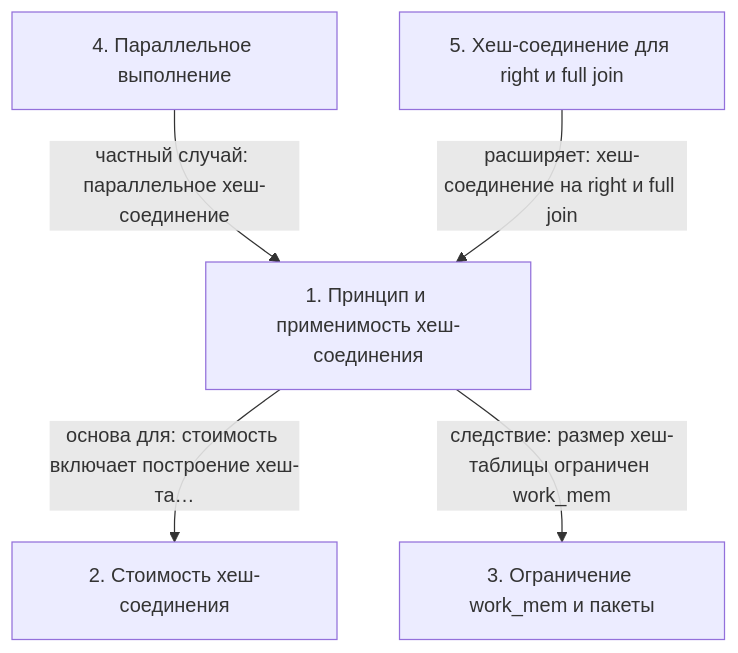
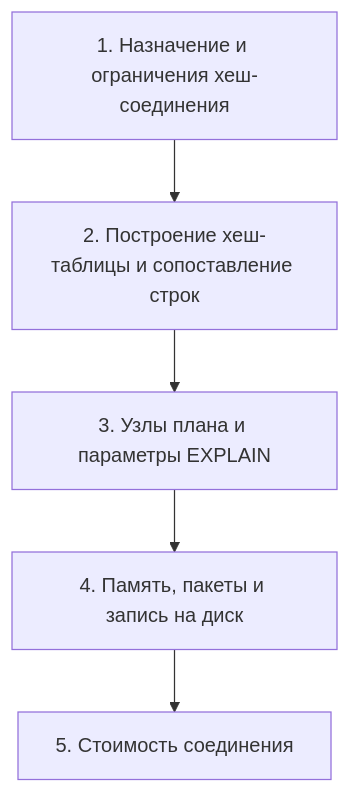
The diagram in postgres-qpt/10 - QPT-16. 09. Соединение хешированием/notes.md (AsoloCode/notes), drawn with Mermaid before and after one commit. The commit also changed other lines of this file and 503 other files, not shown here.

First line of the commit message:
Обновить конспекты PostgreSQL (QPT-16, DEV1-16): слайды, схемы, факт-чек

````diff
--- a/postgres-qpt/10 - QPT-16. 09. Соединение хешированием/notes.md
+++ b/postgres-qpt/10 - QPT-16. 09. Соединение хешированием/notes.md
@@ -67,12 +167,12 @@
 ```mermaid
 flowchart TD
-    n1["1. Принцип и применимость хеш-соединения"]
-    n2["2. Стоимость хеш-соединения"]
-    n3["3. Ограничение work_mem и пакеты"]
-    n4["4. Параллельное выполнение"]
-    n5["5. Хеш-соединение для right и full join"]
-    n1 -->|основа для: стоимость включает построение хеш-та…| n2
-    n1 -->|следствие: размер хеш-таблицы ограничен work_mem| n3
-    n4 -->|частный случай: параллельное хеш-соединение| n1
-    n5 -->|расширяет: хеш-соединение на right и full join| n1
+    n1["1. Назначение и ограничения хеш-соединения"]
+    n2["2. Построение хеш-таблицы и сопоставление строк"]
+    n3["3. Узлы плана и параметры EXPLAIN"]
+    n4["4. Память, пакеты и запись на диск"]
+    n5["5. Стоимость соединения"]
+    n1 --> n2
+    n2 --> n3
+    n3 --> n4
+    n4 --> n5
 ```
````
